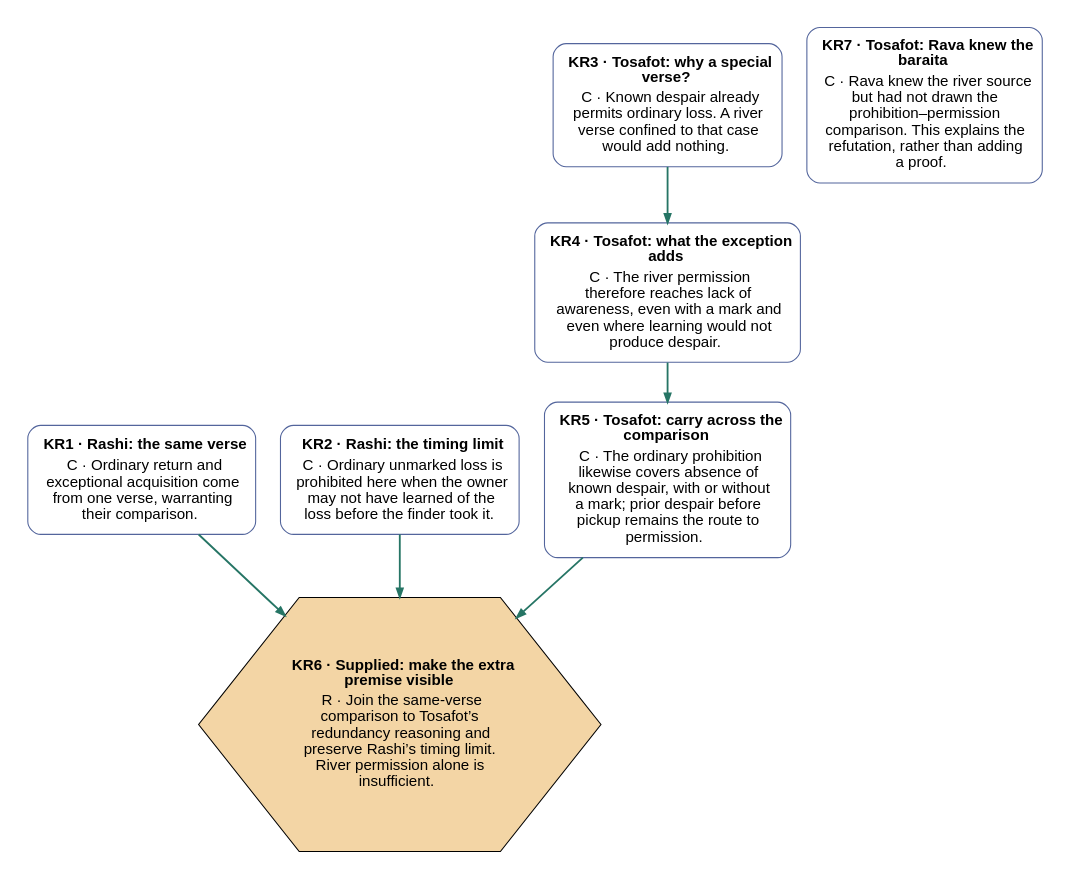
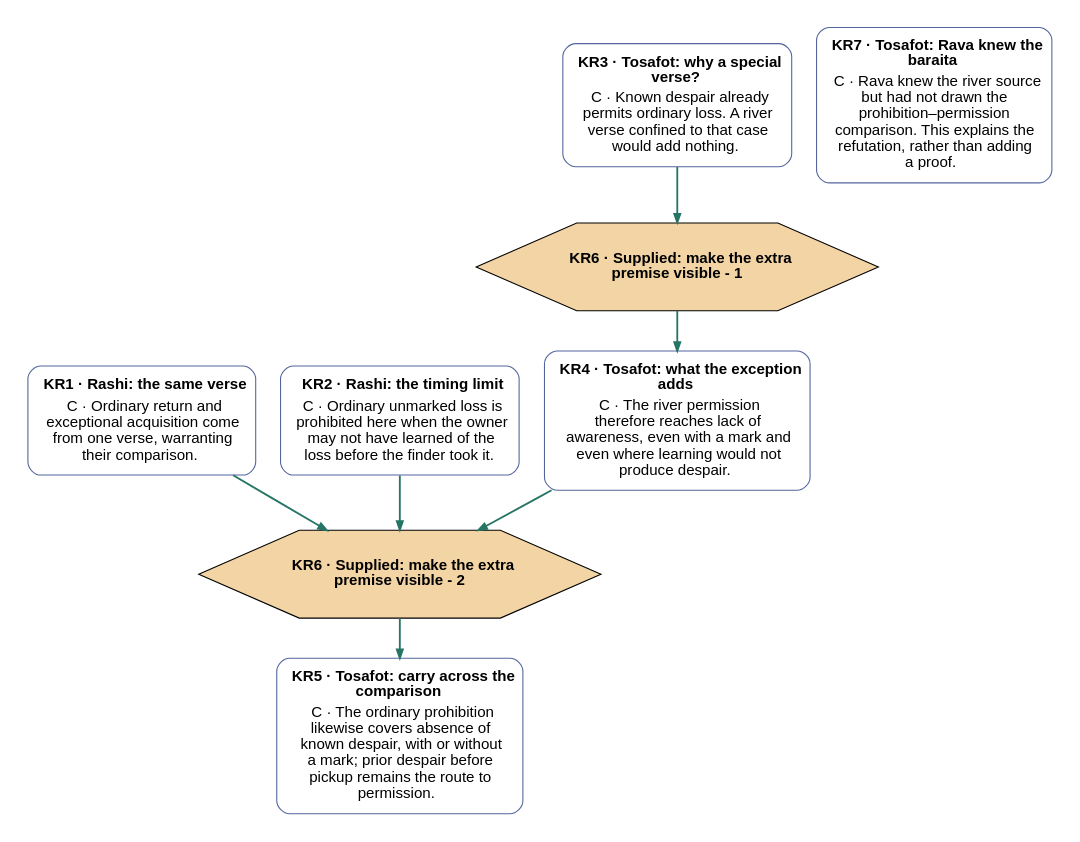
One commit to ashebson/yeush-shelo-midaat-argdown changed the diagram in maps/06-river-commentary.dot. Above: the diagram before and after it, drawn with Graphviz. The commit also changed 105 other files, not shown here.

Commit message:
Add native Argdown reconstructions and offline Graph Code views

```diff
--- a/maps/06-river-commentary.dot
+++ b/maps/06-river-commentary.dot
@@ -1,25 +1,27 @@
 digraph "Argument Map" {
 
 rankdir = "TB";
 nodesep = "0.32";
 ranksep = "0.52";
 pad = "0.25";
 size = "";
 concentrate = "false";
 ratio = "auto";
 edge[arrowsize="0.8", penwidth="1.7"]graph [bgcolor = "#ffffff" ]  n0 [label=<<TABLE WIDTH="180" ALIGN="CENTER" BORDER="0" CELLSPACING="0"><TR><TD WIDTH="180" ALIGN="TEXT" BALIGN="CENTER"><FONT FACE="Arial" POINT-SIZE="14" COLOR="#000000"><B>KR1&#x20;&#xB7;&#x20;Rashi&#x3A;&#x20;the&#x20;same&#x20;verse</B></FONT></TD></TR><TR><TD ALIGN="TEXT" WIDTH="180" BALIGN="CENTER"><FONT FACE="Arial" POINT-SIZE="14" COLOR="#000000">C&#x20;&#xB7;&#x20;Ordinary&#x20;return&#x20;and<BR/>&#x20;exceptional&#x20;acquisition&#x20;come<BR/>&#x20;from&#x20;one&#x20;verse&#x2C;&#x20;warranting<BR/>&#x20;their&#x20;comparison.&#x20;</FONT></TD></TR></TABLE>>, tooltip="C · Ordinary return and exceptional acquisition come from one verse, warranting their comparison. ", shape="box",  margin="0.16,0.12", style="rounded,filled", color="#53659c", fillcolor="white", labelfontcolor="white", fontcolor="#000000", type="statement-map-node"];
   n1 [label=<<TABLE WIDTH="180" ALIGN="CENTER" BORDER="0" CELLSPACING="0"><TR><TD WIDTH="180" ALIGN="TEXT" BALIGN="CENTER"><FONT FACE="Arial" POINT-SIZE="14" COLOR="#000000"><B>KR2&#x20;&#xB7;&#x20;Rashi&#x3A;&#x20;the&#x20;timing&#x20;limit</B></FONT></TD></TR><TR><TD ALIGN="TEXT" WIDTH="180" BALIGN="CENTER"><FONT FACE="Arial" POINT-SIZE="14" COLOR="#000000">C&#x20;&#xB7;&#x20;Ordinary&#x20;unmarked&#x20;loss&#x20;is<BR/>&#x20;prohibited&#x20;here&#x20;when&#x20;the&#x20;owner<BR/>&#x20;may&#x20;not&#x20;have&#x20;learned&#x20;of&#x20;the<BR/>&#x20;loss&#x20;before&#x20;the&#x20;finder&#x20;took&#x20;it.&#x20;</FONT></TD></TR></TABLE>>, tooltip="C · Ordinary unmarked loss is prohibited here when the owner may not have learned of the loss before the finder took it. ", shape="box",  margin="0.16,0.12", style="rounded,filled", color="#53659c", fillcolor="white", labelfontcolor="white", fontcolor="#000000", type="statement-map-node"];
   n2 [label=<<TABLE WIDTH="180" ALIGN="CENTER" BORDER="0" CELLSPACING="0"><TR><TD WIDTH="180" ALIGN="TEXT" BALIGN="CENTER"><FONT FACE="Arial" POINT-SIZE="14" COLOR="#000000"><B>KR3&#x20;&#xB7;&#x20;Tosafot&#x3A;&#x20;why&#x20;a&#x20;special<BR/>&#x20;verse&#x3F;</B></FONT></TD></TR><TR><TD ALIGN="TEXT" WIDTH="180" BALIGN="CENTER"><FONT FACE="Arial" POINT-SIZE="14" COLOR="#000000">C&#x20;&#xB7;&#x20;Known&#x20;despair&#x20;already<BR/>&#x20;permits&#x20;ordinary&#x20;loss.&#x20;A&#x20;river<BR/>&#x20;verse&#x20;confined&#x20;to&#x20;that&#x20;case<BR/>&#x20;would&#x20;add&#x20;nothing.&#x20;</FONT></TD></TR></TABLE>>, tooltip="C · Known despair already permits ordinary loss. A river verse confined to that case would add nothing. ", shape="box",  margin="0.16,0.12", style="rounded,filled", color="#53659c", fillcolor="white", labelfontcolor="white", fontcolor="#000000", type="statement-map-node"];
   n3 [label=<<TABLE WIDTH="180" ALIGN="CENTER" BORDER="0" CELLSPACING="0"><TR><TD WIDTH="180" ALIGN="TEXT" BALIGN="CENTER"><FONT FACE="Arial" POINT-SIZE="14" COLOR="#000000"><B>KR4&#x20;&#xB7;&#x20;Tosafot&#x3A;&#x20;what&#x20;the&#x20;exception<BR/>&#x20;adds</B></FONT></TD></TR><TR><TD ALIGN="TEXT" WIDTH="180" BALIGN="CENTER"><FONT FACE="Arial" POINT-SIZE="14" COLOR="#000000">C&#x20;&#xB7;&#x20;The&#x20;river&#x20;permission<BR/>&#x20;therefore&#x20;reaches&#x20;lack&#x20;of<BR/>&#x20;awareness&#x2C;&#x20;even&#x20;with&#x20;a&#x20;mark&#x20;and<BR/>&#x20;even&#x20;where&#x20;learning&#x20;would&#x20;not<BR/>&#x20;produce&#x20;despair.&#x20;</FONT></TD></TR></TABLE>>, tooltip="C · The river permission therefore reaches lack of awareness, even with a mark and even where learning would not produce despair. ", shape="box",  margin="0.16,0.12", style="rounded,filled", color="#53659c", fillcolor="white", labelfontcolor="white", fontcolor="#000000", type="statement-map-node"];
   n4 [label=<<TABLE WIDTH="180" ALIGN="CENTER" BORDER="0" CELLSPACING="0"><TR><TD WIDTH="180" ALIGN="TEXT" BALIGN="CENTER"><FONT FACE="Arial" POINT-SIZE="14" COLOR="#000000"><B>KR5&#x20;&#xB7;&#x20;Tosafot&#x3A;&#x20;carry&#x20;across&#x20;the<BR/>&#x20;comparison</B></FONT></TD></TR><TR><TD ALIGN="TEXT" WIDTH="180" BALIGN="CENTER"><FONT FACE="Arial" POINT-SIZE="14" COLOR="#000000">C&#x20;&#xB7;&#x20;The&#x20;ordinary&#x20;prohibition<BR/>&#x20;likewise&#x20;covers&#x20;absence&#x20;of<BR/>&#x20;known&#x20;despair&#x2C;&#x20;with&#x20;or&#x20;without<BR/>&#x20;a&#x20;mark&#x3B;&#x20;prior&#x20;despair&#x20;before<BR/>&#x20;pickup&#x20;remains&#x20;the&#x20;route&#x20;to<BR/>&#x20;permission.&#x20;</FONT></TD></TR></TABLE>>, tooltip="C · The ordinary prohibition likewise covers absence of known despair, with or without a mark; prior despair before pickup remains the route to permission. ", shape="box",  margin="0.16,0.12", style="rounded,filled", color="#53659c", fillcolor="white", labelfontcolor="white", fontcolor="#000000", type="statement-map-node"];
   n5 [label=<<TABLE WIDTH="180" ALIGN="CENTER" BORDER="0" CELLSPACING="0"><TR><TD WIDTH="180" ALIGN="TEXT" BALIGN="CENTER"><FONT FACE="Arial" POINT-SIZE="14" COLOR="#000000"><B>KR7&#x20;&#xB7;&#x20;Tosafot&#x3A;&#x20;Rava&#x20;knew&#x20;the<BR/>&#x20;baraita</B></FONT></TD></TR><TR><TD ALIGN="TEXT" WIDTH="180" BALIGN="CENTER"><FONT FACE="Arial" POINT-SIZE="14" COLOR="#000000">C&#x20;&#xB7;&#x20;Rava&#x20;knew&#x20;the&#x20;river&#x20;source<BR/>&#x20;but&#x20;had&#x20;not&#x20;drawn&#x20;the<BR/>&#x20;prohibition&#8211;permission<BR/>&#x20;comparison.&#x20;This&#x20;explains&#x20;the<BR/>&#x20;refutation&#x2C;&#x20;rather&#x20;than&#x20;adding<BR/>&#x20;a&#x20;proof.&#x20;</FONT></TD></TR></TABLE>>, tooltip="C · Rava knew the river source but had not drawn the prohibition–permission comparison. This explains the refutation, rather than adding a proof. ", shape="box",  margin="0.16,0.12", style="rounded,filled", color="#53659c", fillcolor="white", labelfontcolor="white", fontcolor="#000000", type="statement-map-node"];
-  n6 [label=<<TABLE WIDTH="180" ALIGN="CENTER" BORDER="0" CELLSPACING="0"><TR><TD WIDTH="180" ALIGN="TEXT" BALIGN="CENTER"><FONT FACE="Arial" POINT-SIZE="14" COLOR="#000000"><B>KR6&#x20;&#xB7;&#x20;Supplied&#x3A;&#x20;make&#x20;the&#x20;extra<BR/>&#x20;premise&#x20;visible</B></FONT></TD></TR><TR><TD ALIGN="TEXT" WIDTH="180" BALIGN="CENTER"><FONT FACE="Arial" POINT-SIZE="14" COLOR="#000000">R&#x20;&#xB7;&#x20;Join&#x20;the&#x20;same-verse<BR/>&#x20;comparison&#x20;to&#x20;Tosafot&#8217;s<BR/>&#x20;redundancy&#x20;reasoning&#x20;and<BR/>&#x20;preserve&#x20;Rashi&#8217;s&#x20;timing&#x20;limit.<BR/>&#x20;River&#x20;permission&#x20;alone&#x20;is<BR/>&#x20;insufficient.&#x20;</FONT></TD></TR></TABLE>>, tooltip="R · Join the same-verse comparison to Tosafot’s redundancy reasoning and preserve Rashi’s timing limit. River permission alone is insufficient. ", margin="0.16,0.12", shape="hexagon", style="filled", fillcolor="#f3d5a5", fontcolor="#000000",  type="argument-map-node"];
+  n6 [label=<<TABLE WIDTH="180" ALIGN="CENTER" BORDER="0" CELLSPACING="0"><TR><TD WIDTH="180" ALIGN="TEXT" BALIGN="CENTER"><FONT FACE="Arial" POINT-SIZE="14" COLOR="#000000"><B>KR6&#x20;&#xB7;&#x20;Supplied&#x3A;&#x20;make&#x20;the&#x20;extra<BR/>&#x20;premise&#x20;visible&#x20;-&#x20;1</B></FONT></TD></TR></TABLE>>, tooltip="KR6 · Supplied: make the extra premise visible - 1", margin="0.16,0.12", shape="hexagon", style="filled", fillcolor="#f3d5a5", fontcolor="#000000",  type="argument-map-node"];
+  n7 [label=<<TABLE WIDTH="180" ALIGN="CENTER" BORDER="0" CELLSPACING="0"><TR><TD WIDTH="180" ALIGN="TEXT" BALIGN="CENTER"><FONT FACE="Arial" POINT-SIZE="14" COLOR="#000000"><B>KR6&#x20;&#xB7;&#x20;Supplied&#x3A;&#x20;make&#x20;the&#x20;extra<BR/>&#x20;premise&#x20;visible&#x20;-&#x20;2</B></FONT></TD></TR></TABLE>>, tooltip="KR6 · Supplied: make the extra premise visible - 2", margin="0.16,0.12", shape="hexagon", style="filled", fillcolor="#f3d5a5", fontcolor="#000000",  type="argument-map-node"];
 
 
-  n0 -> n6 [type="support", color="#267565", tooltip="support"];
-  n1 -> n6 [type="support", color="#267565", tooltip="support"];
-  n2 -> n3 [type="support", color="#267565", tooltip="support"];
-  n3 -> n4 [type="support", color="#267565", tooltip="support"];
-  n4 -> n6 [type="support", color="#267565", tooltip="support"];
+  n6 -> n3 [type="support", color="#267565", tooltip="support"];
+  n7 -> n4 [type="support", color="#267565", tooltip="support"];
+  n0 -> n7 [type="support", color="#267565", tooltip="support"];
+  n1 -> n7 [type="support", color="#267565", tooltip="support"];
+  n2 -> n6 [type="support", color="#267565", tooltip="support"];
+  n3 -> n7 [type="support", color="#267565", tooltip="support"];
 
 }
```
